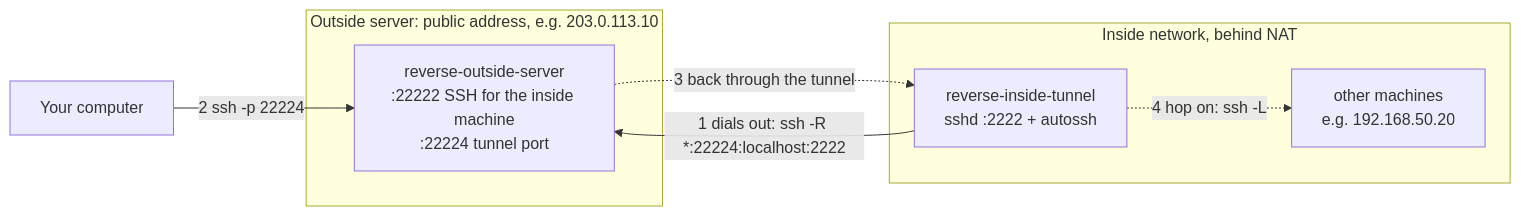
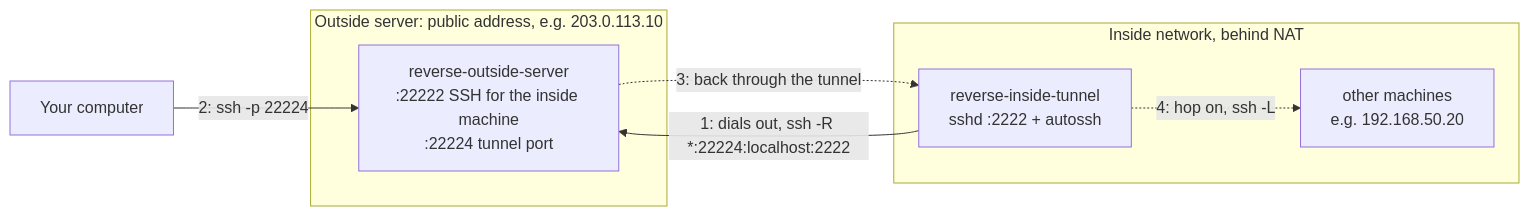
One commit to NatLee/ssh-reverse-tunnel-using-docker changed the first of 2 diagrams in README.md. Above: the diagram before and after it, drawn with Mermaid.

Commit message:
docs: write the flowchart edges so GitHub can draw them
GitHub showed "Unable to render rich display" for the How it works
flowchart while the sequence diagram next to it rendered fine. The edges
now use the plain A -->|"label"| B form and the subgraphs get neutral ids.

````diff
--- a/README.md
+++ b/README.md
@@ -39,15 +39,15 @@
 ```mermaid
 flowchart LR
     you["Your computer"]
-    subgraph public["Outside server: public address, e.g. 203.0.113.10"]
+    subgraph outsidenet ["Outside server: public address, e.g. 203.0.113.10"]
         server["reverse-outside-server<br/>:22222 SSH for the inside machine<br/>:22224 tunnel port"]
     end
-    subgraph lan["Inside network, behind NAT"]
+    subgraph insidenet ["Inside network, behind NAT"]
         client["reverse-inside-tunnel<br/>sshd :2222 + autossh"]
         other["other machines<br/>e.g. 192.168.50.20"]
     end
-    client -- "1 dials out: ssh -R *:22224:localhost:2222" --> server
-    you -- "2 ssh -p 22224" --> server
-    server -. "3 back through the tunnel" .-> client
-    client -. "4 hop on: ssh -L" .-> other
+    client -->|"1: dials out, ssh -R *:22224:localhost:2222"| server
+    you -->|"2: ssh -p 22224"| server
+    server -.->|"3: back through the tunnel"| client
+    client -.->|"4: hop on, ssh -L"| other
 ```
````
